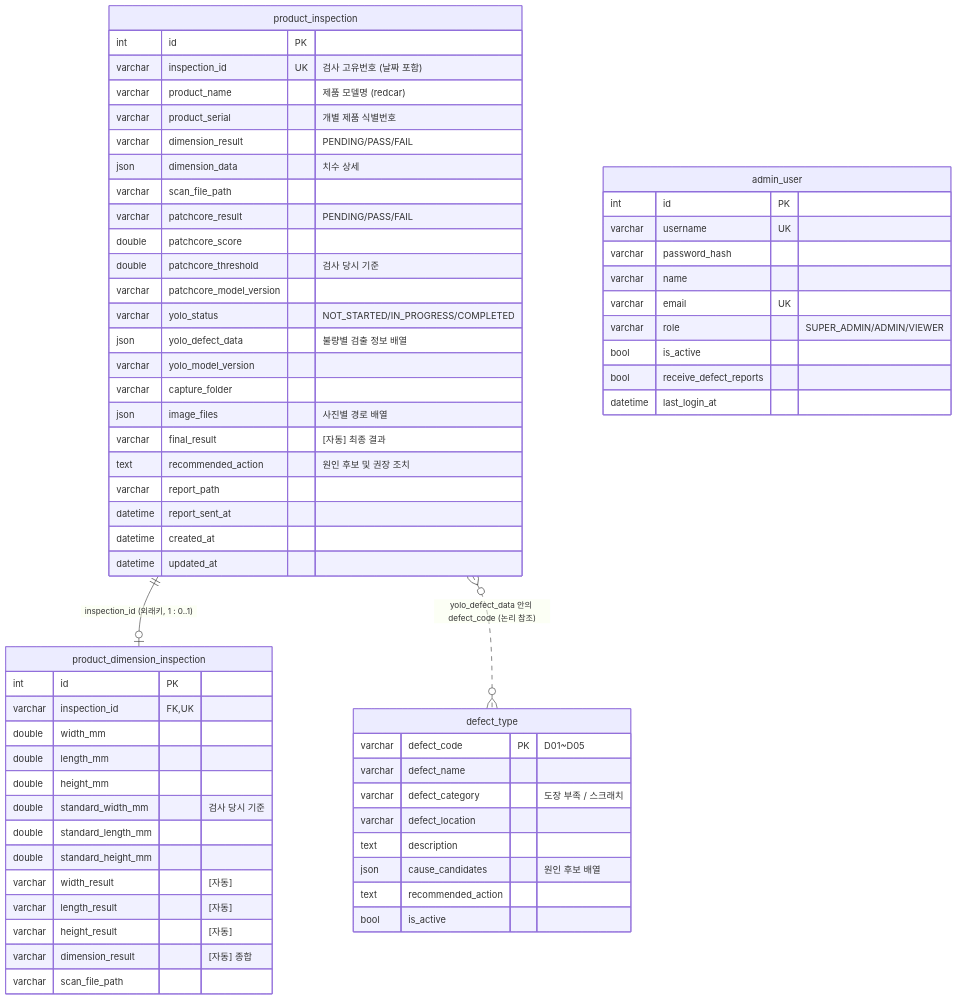
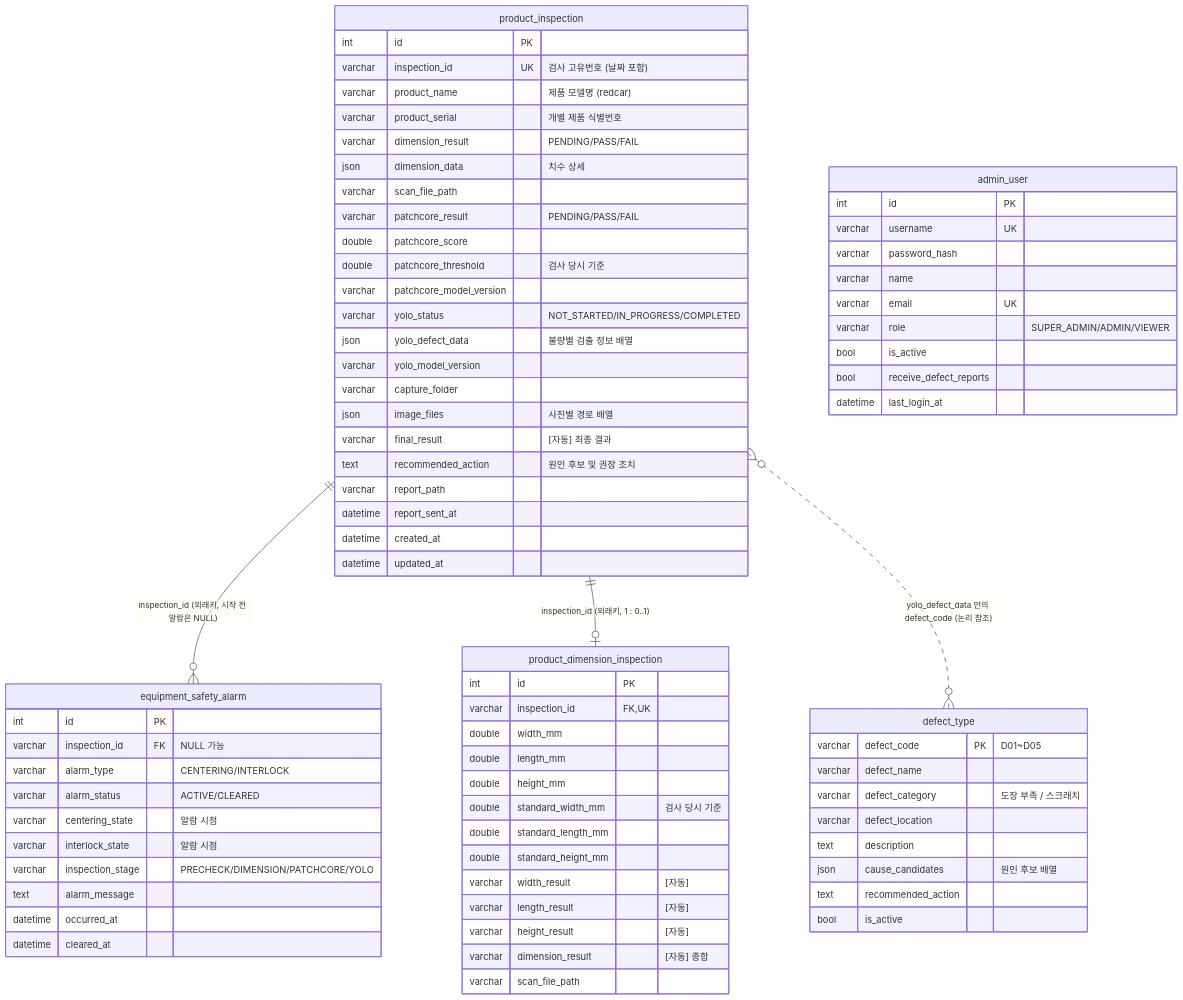
Before and after one commit to manypeoplesssssss/VisionQC-MES: the diagram in docs/ARCHITECTURE.md, drawn with Mermaid. The commit also changed other lines of this file and 29 other files, not shown here.

First line of the commit message:
Add centering/interlock safety states and the equipment_safety_alarm table

````diff
--- a/docs/ARCHITECTURE.md
+++ b/docs/ARCHITECTURE.md
@@ -126,66 +126,79 @@
 ```mermaid
 erDiagram
+    product_inspection ||--o{ equipment_safety_alarm : "inspection_id (외래키, 시작 전 알람은 NULL)"
     product_inspection ||--o| product_dimension_inspection : "inspection_id (외래키, 1 : 0..1)"
     product_inspection }o..o{ defect_type : "yolo_defect_data 안의 defect_code (논리 참조)"
 
     product_inspection {
         int id PK
         varchar inspection_id UK "검사 고유번호 (날짜 포함)"
         varchar product_name "제품 모델명 (redcar)"
         varchar product_serial "개별 제품 식별번호"
         varchar dimension_result "PENDING/PASS/FAIL"
         json dimension_data "치수 상세"
         varchar scan_file_path
         varchar patchcore_result "PENDING/PASS/FAIL"
         double patchcore_score
         double patchcore_threshold "검사 당시 기준"
         varchar patchcore_model_version
         varchar yolo_status "NOT_STARTED/IN_PROGRESS/COMPLETED"
         json yolo_defect_data "불량별 검출 정보 배열"
         varchar yolo_model_version
         varchar capture_folder
         json image_files "사진별 경로 배열"
         varchar final_result "[자동] 최종 결과"
         text recommended_action "원인 후보 및 권장 조치"
         varchar report_path
         datetime report_sent_at
         datetime created_at
         datetime updated_at
     }
     product_dimension_inspection {
         int id PK
         varchar inspection_id FK,UK
         double width_mm
         double length_mm
         double height_mm
         double standard_width_mm "검사 당시 기준"
         double standard_length_mm
         double standard_height_mm
         varchar width_result "[자동]"
         varchar length_result "[자동]"
         varchar height_result "[자동]"
         varchar dimension_result "[자동] 종합"
         varchar scan_file_path
     }
     defect_type {
         varchar defect_code PK "D01~D05"
         varchar defect_name
         varchar defect_category "도장 부족 / 스크래치"
         varchar defect_location
         text description
         json cause_candidates "원인 후보 배열"
         text recommended_action
         bool is_active
     }
+    equipment_safety_alarm {
+        int id PK
+        varchar inspection_id FK "NULL 가능"
+        varchar alarm_type "CENTERING/INTERLOCK"
+        varchar alarm_status "ACTIVE/CLEARED"
+        varchar centering_state "알람 시점"
+        varchar interlock_state "알람 시점"
+        varchar inspection_stage "PRECHECK/DIMENSION/PATCHCORE/YOLO"
+        text alarm_message
+        datetime occurred_at
+        datetime cleared_at
+    }
     admin_user {
         int id PK
         varchar username UK
         varchar password_hash
         varchar name
         varchar email UK
         varchar role "SUPER_ADMIN/ADMIN/VIEWER"
         bool is_active
         bool receive_defect_reports
         datetime last_login_at
     }
 ```
````
